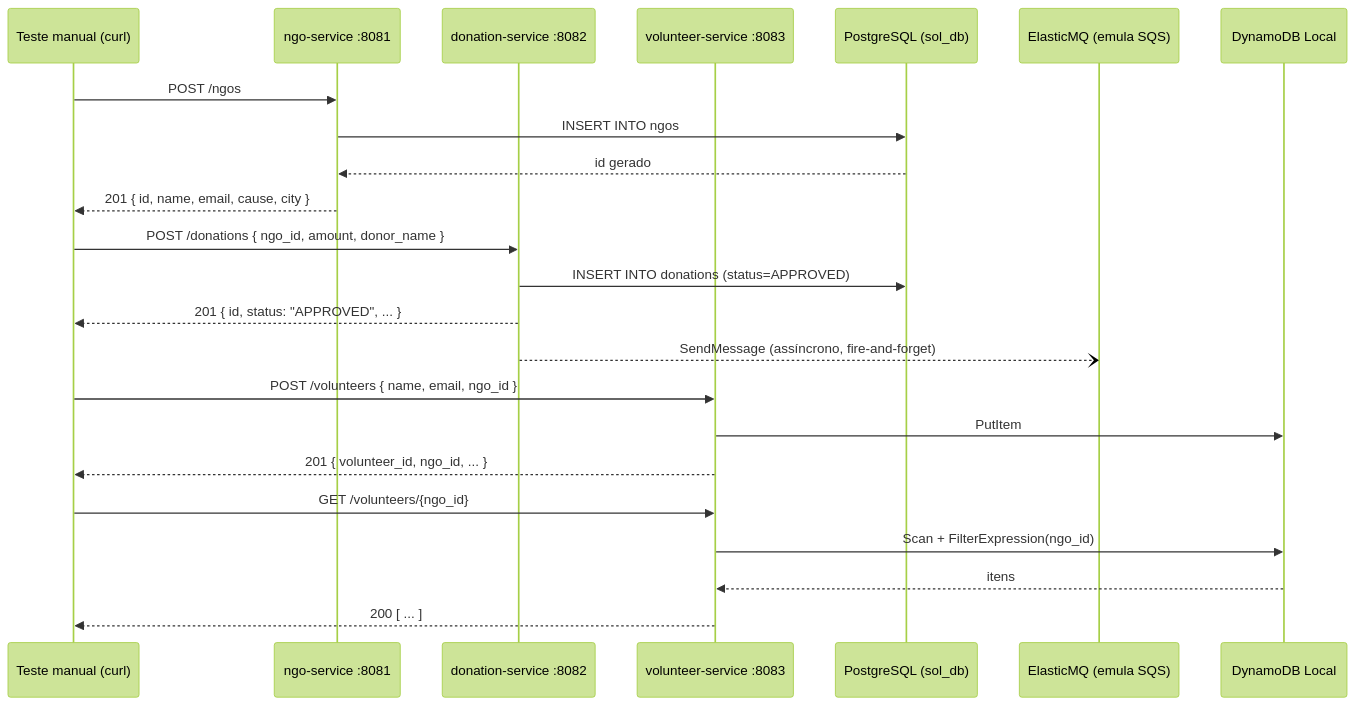
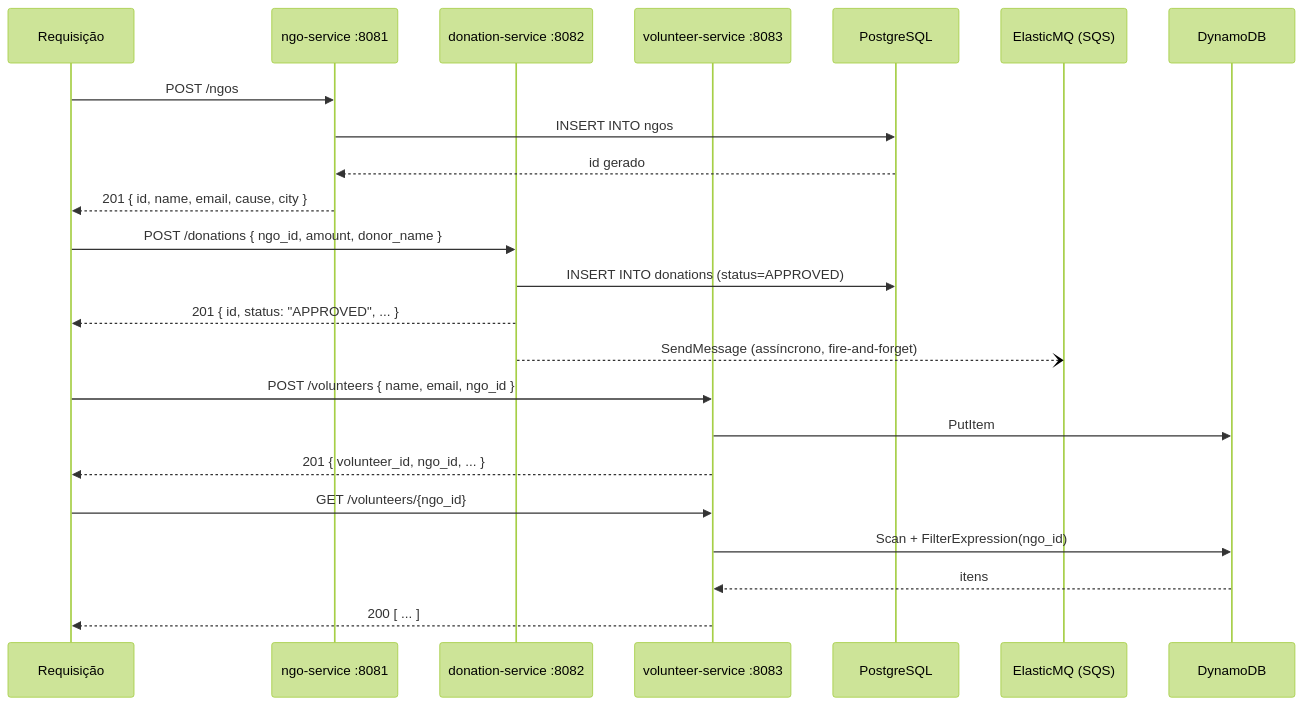
The diagram in doc/arquitetura.md (diasdmhub/hackathon-DCLT), drawn with Mermaid (forest theme) before and after one commit. The commit also changed other lines of this file and 1 other file, not shown here.

Commit message:
Atualização documental

````diff
--- a/doc/arquitetura.md
+++ b/doc/arquitetura.md
@@ -32,29 +32,29 @@
 ```mermaid
 sequenceDiagram
-    participant T as Teste manual (curl)
+    participant T as Requisição
     participant NGO as ngo-service :8081
     participant DON as donation-service :8082
     participant VOL as volunteer-service :8083
-    participant PG as PostgreSQL (sol_db)
-    participant SQS as ElasticMQ (emula SQS)
-    participant DDB as DynamoDB Local
+    participant PG as PostgreSQL
+    participant SQS as ElasticMQ (SQS)
+    participant DDB as DynamoDB
 
     T->>NGO: POST /ngos
     NGO->>PG: INSERT INTO ngos
     PG-->>NGO: id gerado
     NGO-->>T: 201 { id, name, email, cause, city }
 
     T->>DON: POST /donations { ngo_id, amount, donor_name }
     DON->>PG: INSERT INTO donations (status=APPROVED)
     DON-->>T: 201 { id, status: "APPROVED", ... }
     DON--)SQS: SendMessage (assíncrono, fire-and-forget)
 
     T->>VOL: POST /volunteers { name, email, ngo_id }
     VOL->>DDB: PutItem
     VOL-->>T: 201 { volunteer_id, ngo_id, ... }
 
     T->>VOL: GET /volunteers/{ngo_id}
     VOL->>DDB: Scan + FilterExpression(ngo_id)
     DDB-->>VOL: itens
     VOL-->>T: 200 [ ... ]
 ```
````
